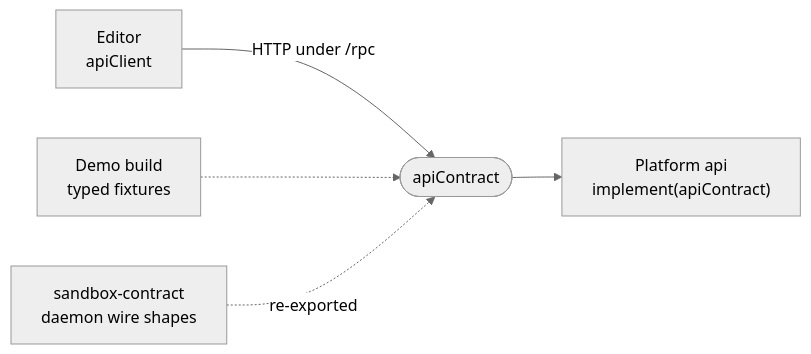
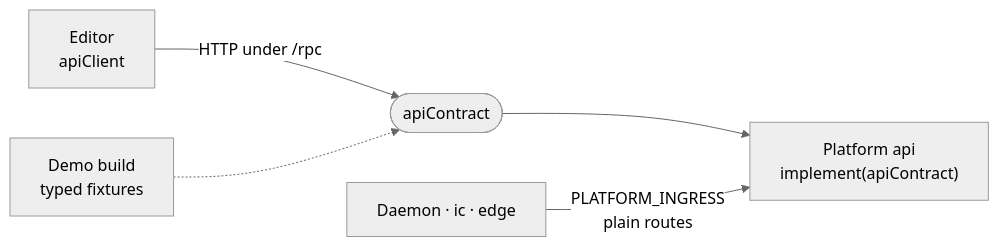
The diagram in _shared/api-contract/README.md (intentic/intentic), drawn with Mermaid (neutral theme) before and after one commit. The commit also changed other lines of this file and 2216 other files, not shown here.

Commit message:
chore(docs): refresh architecture index for extension changes

````diff
--- a/_shared/api-contract/README.md
+++ b/_shared/api-contract/README.md
@@ -5,7 +5,7 @@
 ```mermaid
 flowchart LR
     web["Editor<br/>apiClient"] -- "HTTP under /rpc" --> contract(["apiContract"])
     demo["Demo build<br/>typed fixtures"] -.-> contract
     contract --> api["Platform api<br/>implement(apiContract)"]
-    wire["sandbox-contract<br/>daemon wire shapes"] -. "re-exported" .-> contract
+    machines["Daemon · ic · edge"] -- "PLATFORM_INGRESS<br/>plain routes" --> api
 ```
````
